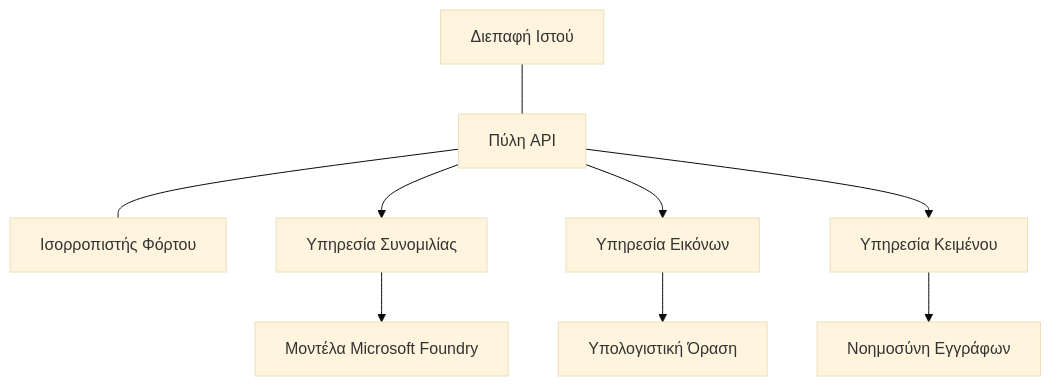
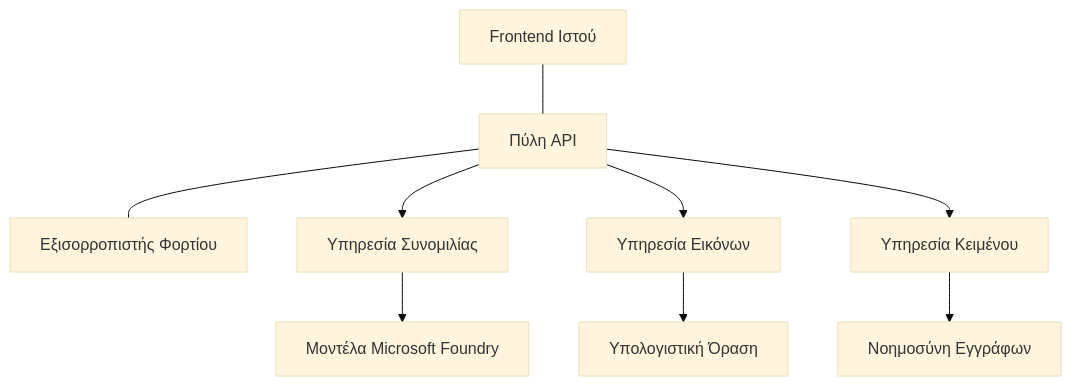
The diagram in translations/el/docs/chapter-08-production/production-ai-practices.md (microsoft/AZD-for-beginners), drawn with Mermaid (base theme) before and after one commit. The commit also changed other lines of this file and 101 other files, not shown here.

````diff
--- a/translations/el/docs/chapter-08-production/production-ai-practices.md
+++ b/translations/el/docs/chapter-08-production/production-ai-practices.md
@@ -30,10 +30,10 @@
 ```mermaid
 graph TD
-    Frontend[Διεπαφή Ιστού] --- Gateway[Πύλη API] --- LB[Ισορροπιστής Φόρτου]
+    Frontend[Frontend Ιστού] --- Gateway[Πύλη API] --- LB[Εξισορροπιστής Φορτίου]
     Gateway --> Chat[Υπηρεσία Συνομιλίας]
     Gateway --> Image[Υπηρεσία Εικόνων]
     Gateway --> Text[Υπηρεσία Κειμένου]
     Chat --> OpenAI[Μοντέλα Microsoft Foundry]
     Image --> Vision[Υπολογιστική Όραση]
     Text --> DocIntel[Νοημοσύνη Εγγράφων]
 ```
````
